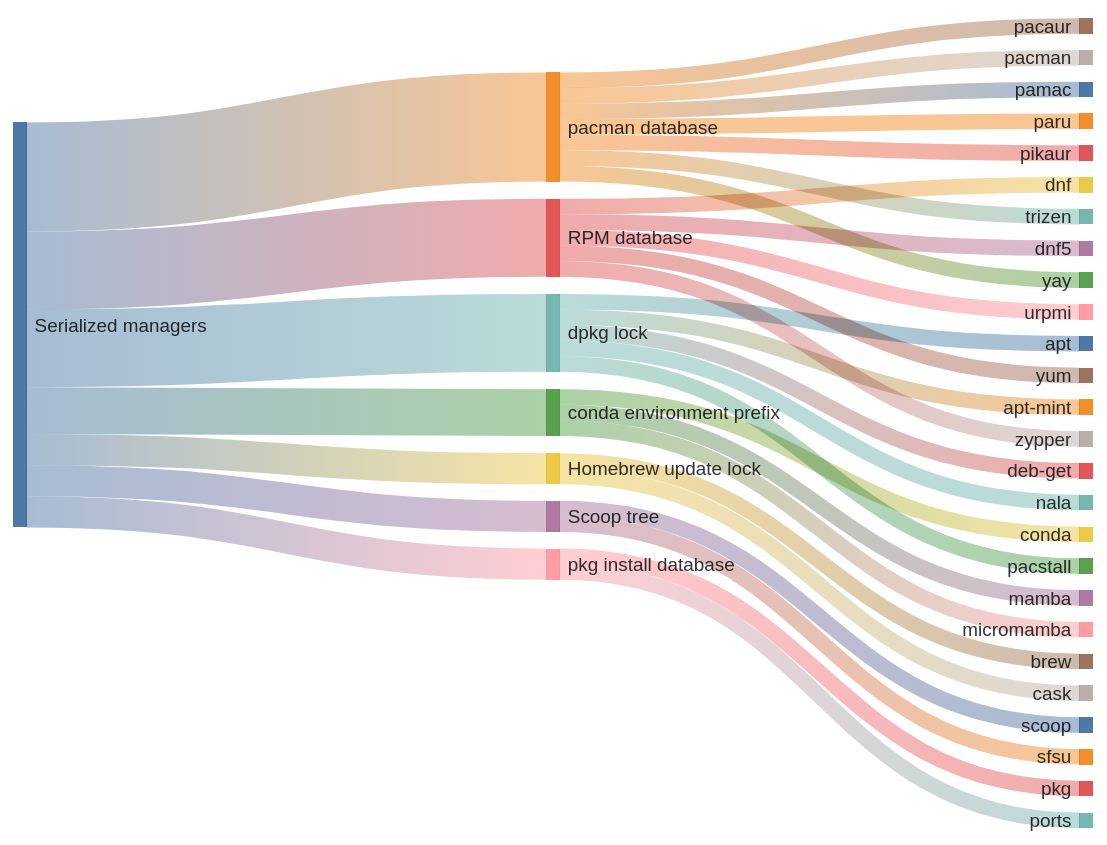
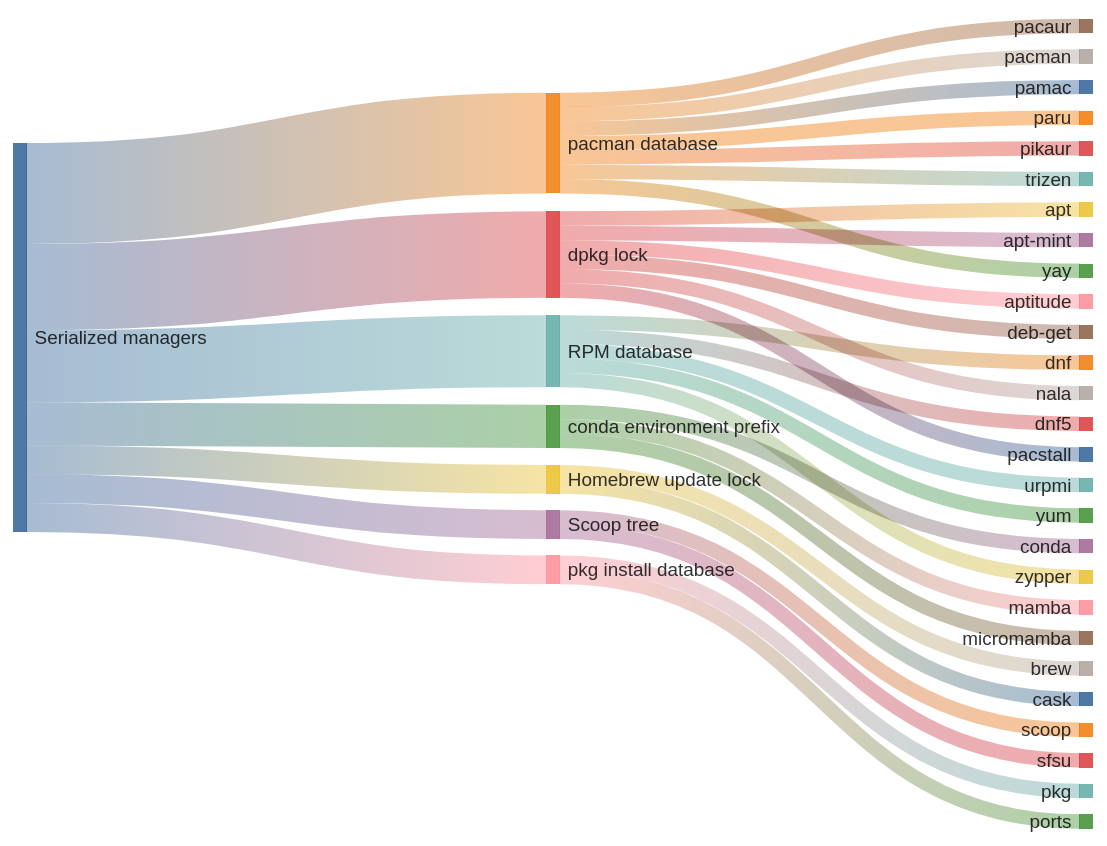
Before and after one commit to kdeldycke/meta-package-manager: the diagram in docs/concurrency.md, drawn with Mermaid. The commit also changed other lines of this file and 18 other files, not shown here.

````diff
--- a/docs/concurrency.md
+++ b/docs/concurrency.md
@@ -70,40 +70,41 @@
 ```mermaid
 ---
 config: {"sankey": {"showValues": false, "width": 800, "height": 600}}
 ---
 sankey-beta
 
 Serialized managers,pacman database,7
+Serialized managers,dpkg lock,6
 Serialized managers,RPM database,5
-Serialized managers,dpkg lock,5
 Serialized managers,conda environment prefix,3
 Serialized managers,Homebrew update lock,2
 Serialized managers,Scoop tree,2
 Serialized managers,pkg install database,2
 pacman database,pacaur,1
 pacman database,pacman,1
 pacman database,pamac,1
 pacman database,paru,1
 pacman database,pikaur,1
 pacman database,trizen,1
 pacman database,yay,1
+dpkg lock,apt,1
+dpkg lock,apt-mint,1
+dpkg lock,aptitude,1
+dpkg lock,deb-get,1
+dpkg lock,nala,1
+dpkg lock,pacstall,1
 RPM database,dnf,1
 RPM database,dnf5,1
 RPM database,urpmi,1
 RPM database,yum,1
 RPM database,zypper,1
-dpkg lock,apt,1
-dpkg lock,apt-mint,1
-dpkg lock,deb-get,1
-dpkg lock,nala,1
-dpkg lock,pacstall,1
 conda environment prefix,conda,1
 conda environment prefix,mamba,1
 conda environment prefix,micromamba,1
 Homebrew update lock,brew,1
 Homebrew update lock,cask,1
 Scoop tree,scoop,1
 Scoop tree,sfsu,1
 pkg install database,pkg,1
 pkg install database,ports,1
 ```
````
